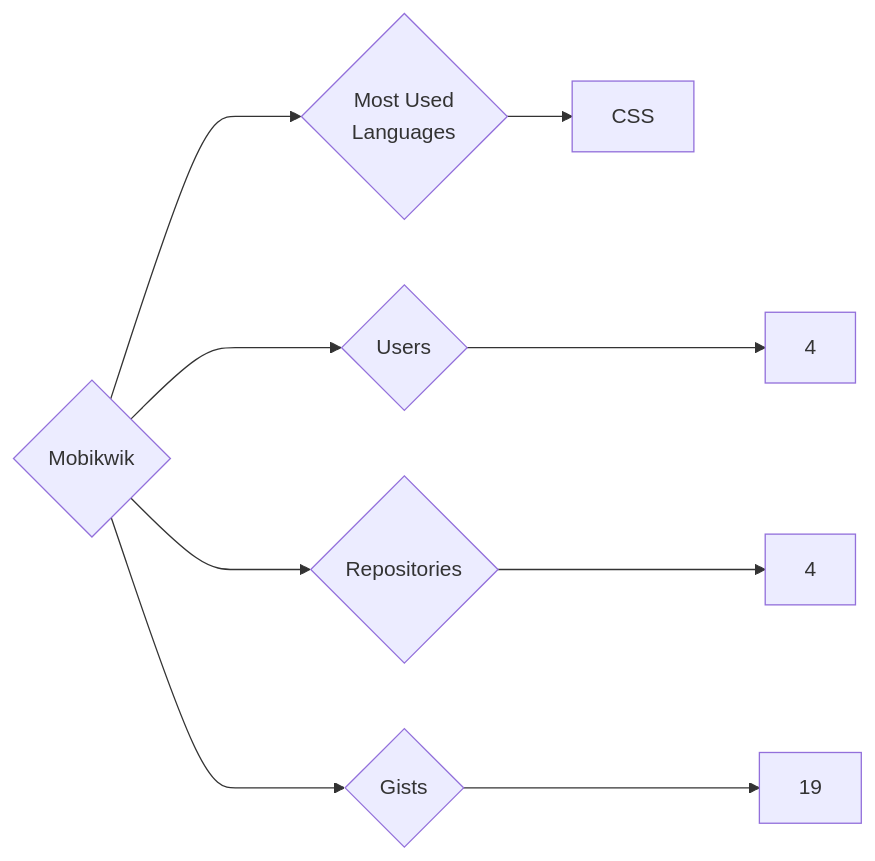
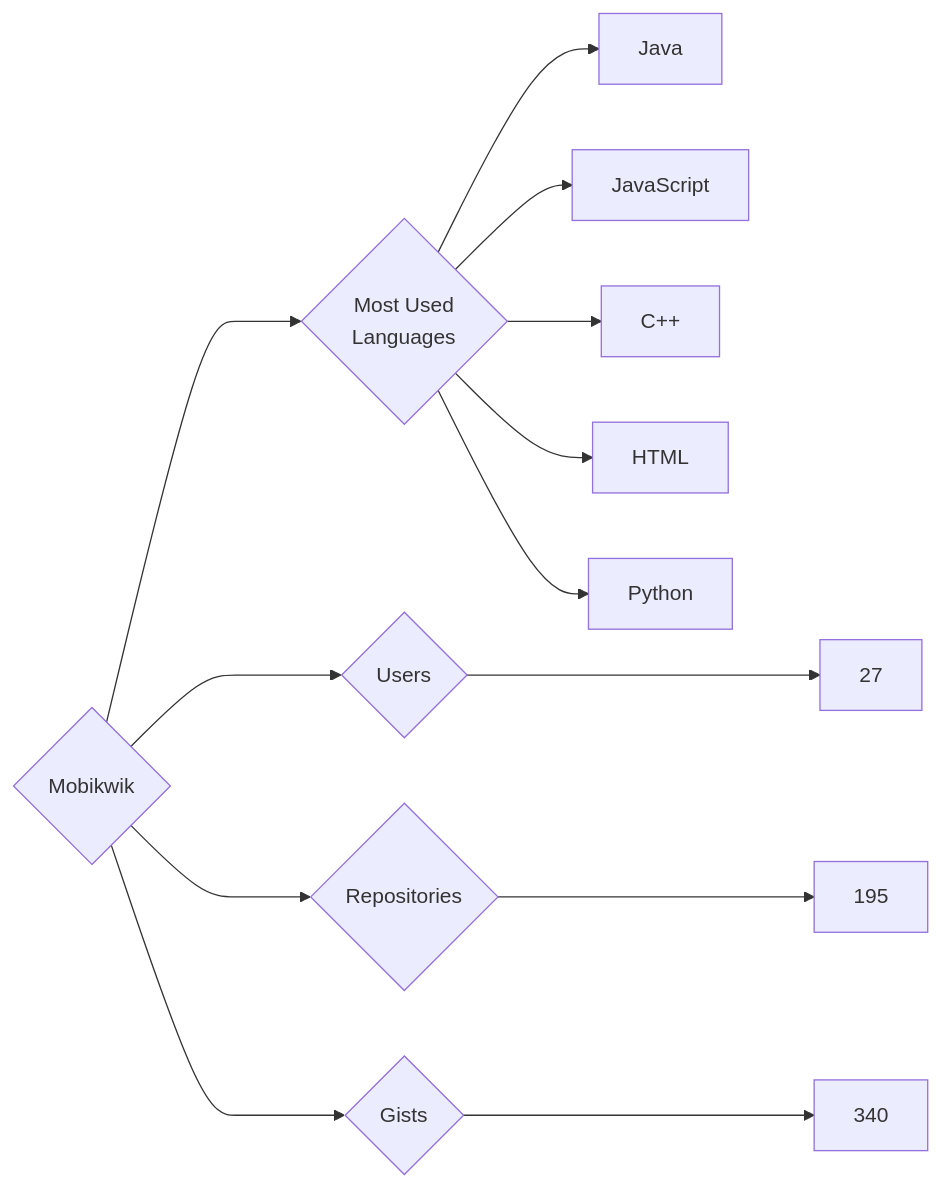
The diagram in targets/Mobikwik/README.md (trickest/insiders), drawn with Mermaid before and after one commit. The commit also changed 833 other files, not shown here.

````diff
--- a/targets/Mobikwik/README.md
+++ b/targets/Mobikwik/README.md
@@ -3,9 +3,13 @@
 ```mermaid
 graph LR
 COMPANY_NAME{Mobikwik}
-COMPANY_NAME ---> U{Users} ---> UN[4]
-COMPANY_NAME ---> R{Repositories} ---> RN[4]
-COMPANY_NAME ---> G{Gists} ---> GN[19]
+COMPANY_NAME ---> U{Users} ---> UN[27]
+COMPANY_NAME ---> R{Repositories} ---> RN[195]
+COMPANY_NAME ---> G{Gists} ---> GN[340]
 COMPANY_NAME ---> ML{Most Used<br>Languages}
-ML --> CSS[CSS]
+ML --> Java[Java]
+ML --> JavaScript[JavaScript]
+ML --> C++[C++]
+ML --> HTML[HTML]
+ML --> Python[Python]
 ```
````
